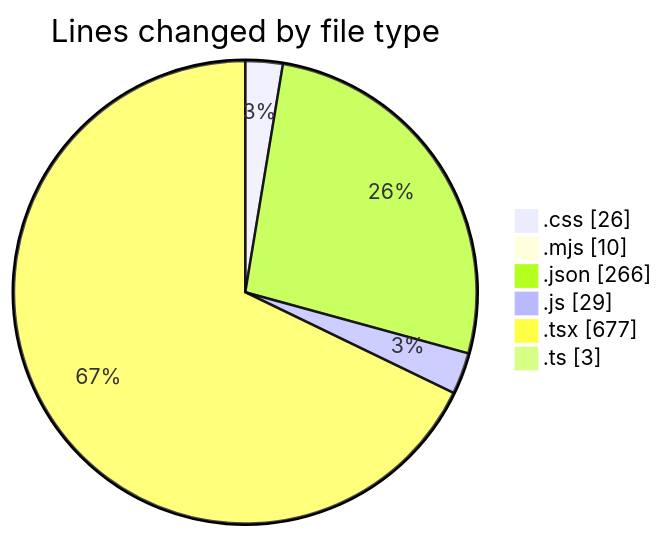
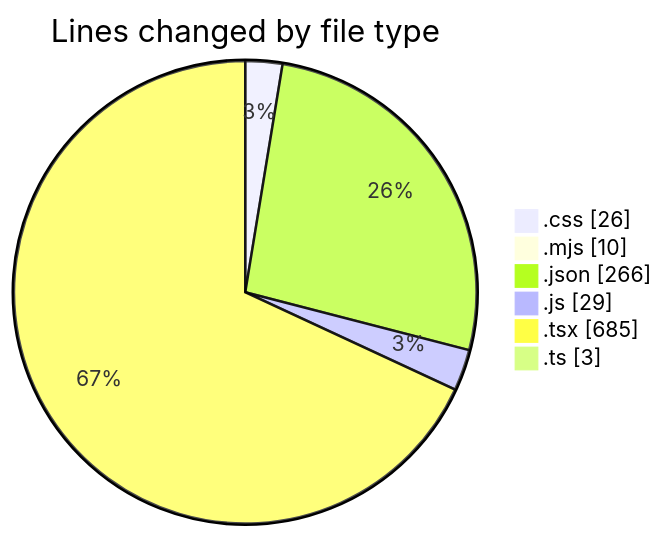
One commit to Ritupan-Deka/code-tracking changed the first of 2 diagrams in 2025-06-23/scopecraft/README.md. Above: the diagram before and after it, drawn with Mermaid. The commit also changed other lines of this file and 1 other file, not shown here.

````diff
--- a/2025-06-23/scopecraft/README.md
+++ b/2025-06-23/scopecraft/README.md
@@ -36,10 +36,10 @@
 ```mermaid
 pie showData
 title Lines changed by file type
 ".css" : 26
 ".mjs" : 10
 ".json" : 266
 ".js" : 29
-".tsx" : 677
+".tsx" : 685
 ".ts" : 3
 ```
````
